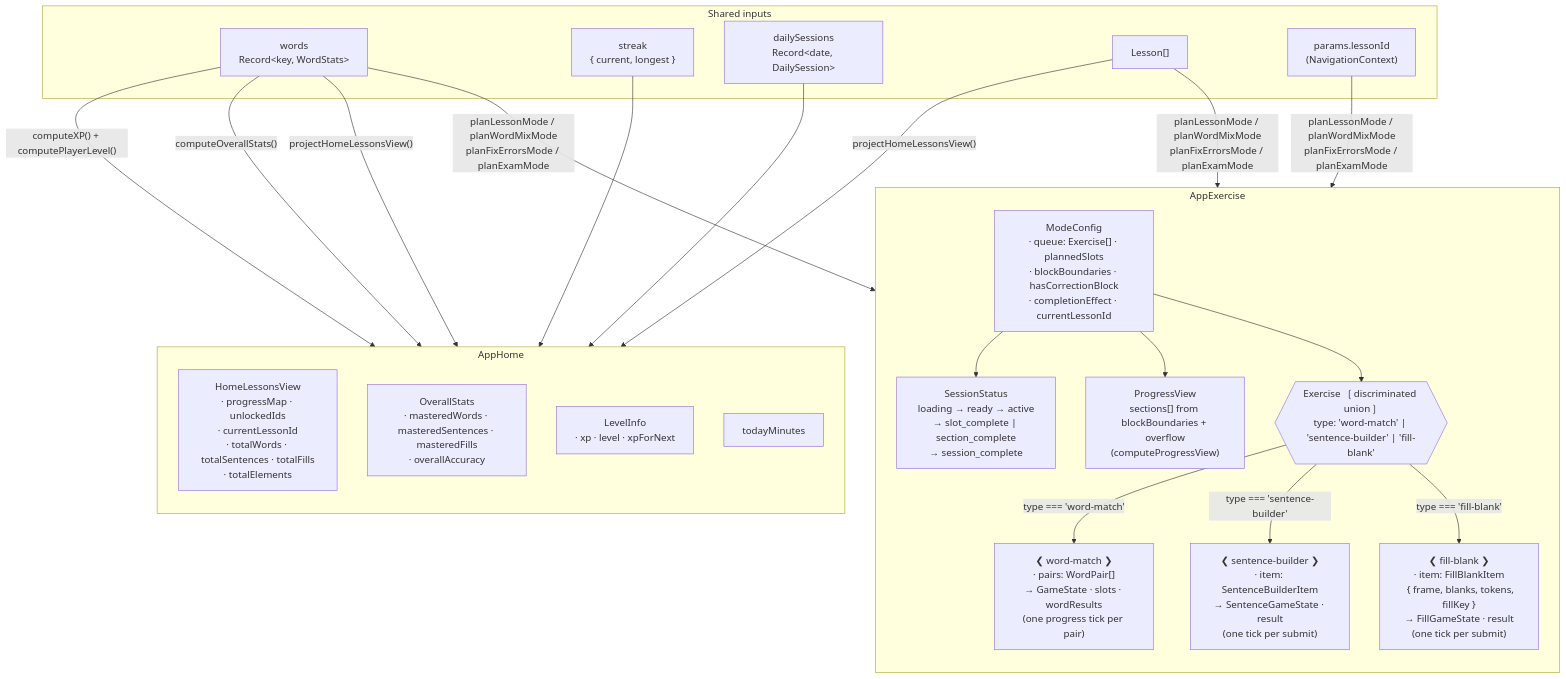
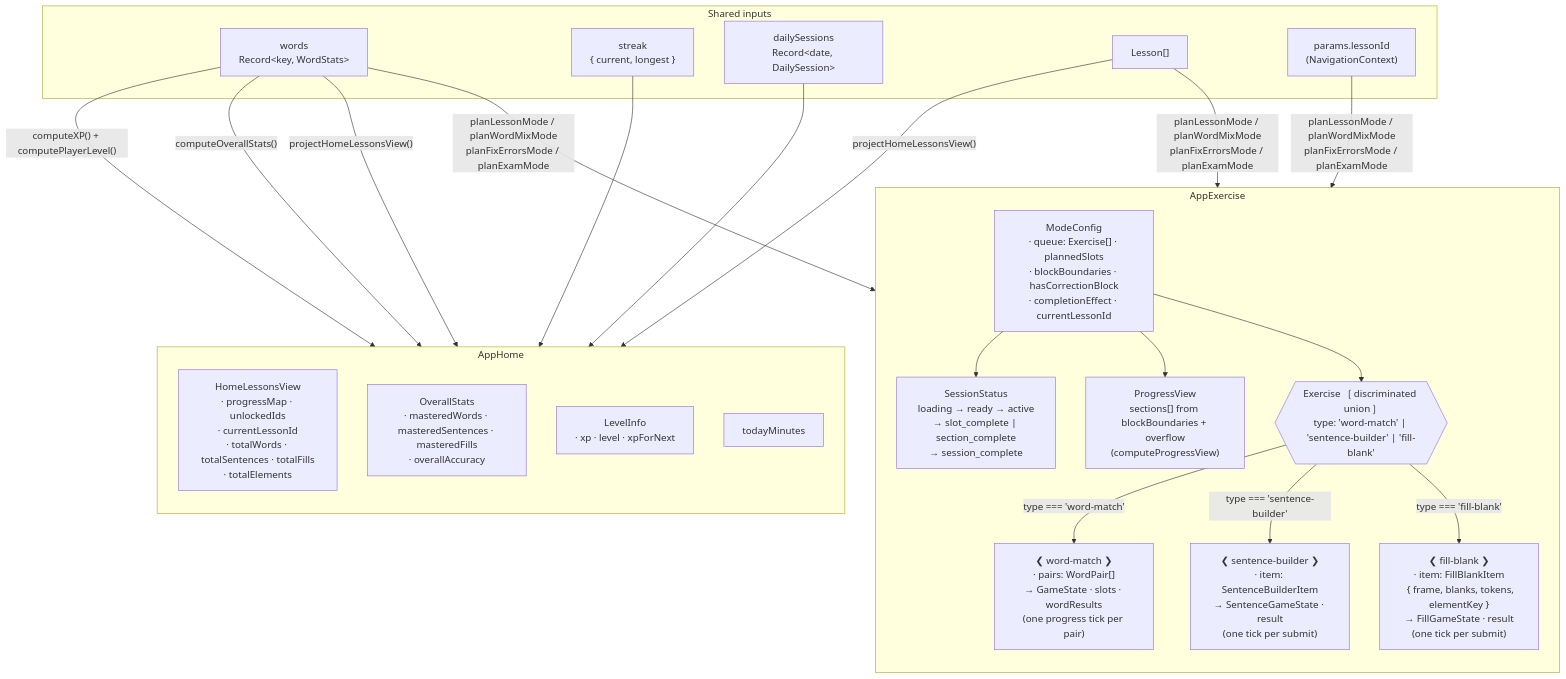
The second of 2 diagrams in .claude/reference/data-flow.md (ashenwolf/roude-leiw-web), drawn with Mermaid before and after one commit. The commit also changed other lines of this file and 6 other files, not shown here.

First line of the commit message:
Name the stat-key field elementKey on both exercise items

````diff
--- a/.claude/reference/data-flow.md
+++ b/.claude/reference/data-flow.md
@@ -84,43 +84,43 @@
 ```mermaid
 flowchart TD
   subgraph sources["Shared inputs"]
     words["words\nRecord&lt;key, WordStats&gt;"]
     streak["streak\n{ current, longest }"]
     daily["dailySessions\nRecord&lt;date, DailySession&gt;"]
     lessons["Lesson[]"]
     lessonId["params.lessonId\n(NavigationContext)"]
   end
 
   subgraph home["AppHome"]
     direction TB
     hv["HomeLessonsView\n· progressMap · unlockedIds\n· currentLessonId\n· totalWords · totalSentences · totalFills\n· totalElements"]
     hstats["OverallStats\n· masteredWords · masteredSentences · masteredFills\n· overallAccuracy"]
     hxp["LevelInfo\n· xp · level · xpForNext"]
     htoday["todayMinutes"]
   end
 
   subgraph exercise["AppExercise"]
     direction TB
     eplan["ModeConfig\n· queue: Exercise[] · plannedSlots\n· blockBoundaries · hasCorrectionBlock\n· completionEffect · currentLessonId"]
     estatus["SessionStatus\nloading → ready → active\n→ slot_complete | section_complete\n→ session_complete"]
     ebatch{{"Exercise  ❲discriminated union❳\ntype: 'word-match' | 'sentence-builder' | 'fill-blank'"}}
     eprog["ProgressView\nsections[] from blockBoundaries + overflow\n(computeProgressView)"]
     wm["❮ word-match ❯\n· pairs: WordPair[]\n→ GameState · slots · wordResults\n(one progress tick per pair)"]
     sb["❮ sentence-builder ❯\n· item: SentenceBuilderItem\n→ SentenceGameState · result\n(one tick per submit)"]
-    fb["❮ fill-blank ❯\n· item: FillBlankItem\n  { frame, blanks, tokens, fillKey }\n→ FillGameState · result\n(one tick per submit)"]
+    fb["❮ fill-blank ❯\n· item: FillBlankItem\n  { frame, blanks, tokens, elementKey }\n→ FillGameState · result\n(one tick per submit)"]
   end
 
   words & lessons -->|"projectHomeLessonsView()"| hv
   words -->|"computeOverallStats()"| hstats
   words -->|"computeXP() + computePlayerLevel()"| hxp
   daily --> htoday
   streak --> home
 
   words & lessons & lessonId -->|"planLessonMode / planWordMixMode\nplanFixErrorsMode / planExamMode"| eplan
   eplan --> estatus
   eplan --> eprog
   eplan --> ebatch
   ebatch -->|"type === 'word-match'"| wm
   ebatch -->|"type === 'sentence-builder'"| sb
   ebatch -->|"type === 'fill-blank'"| fb
 ```
````
